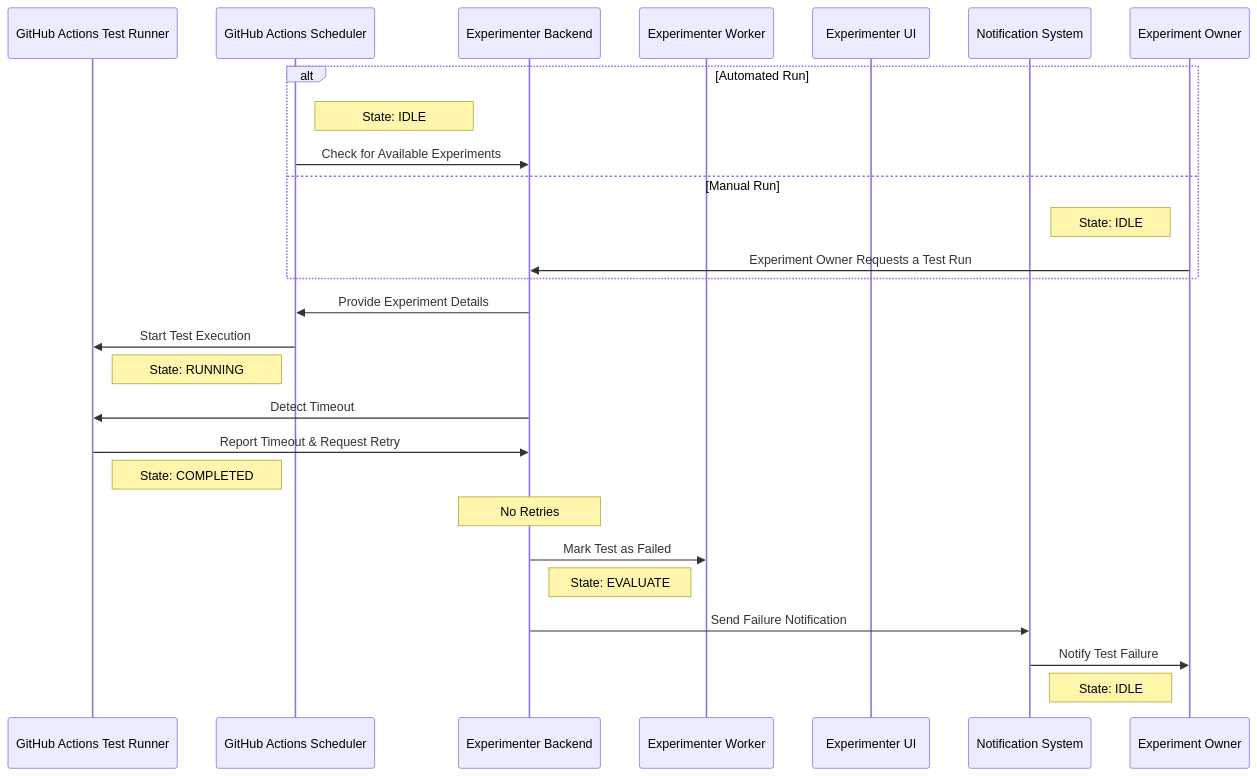
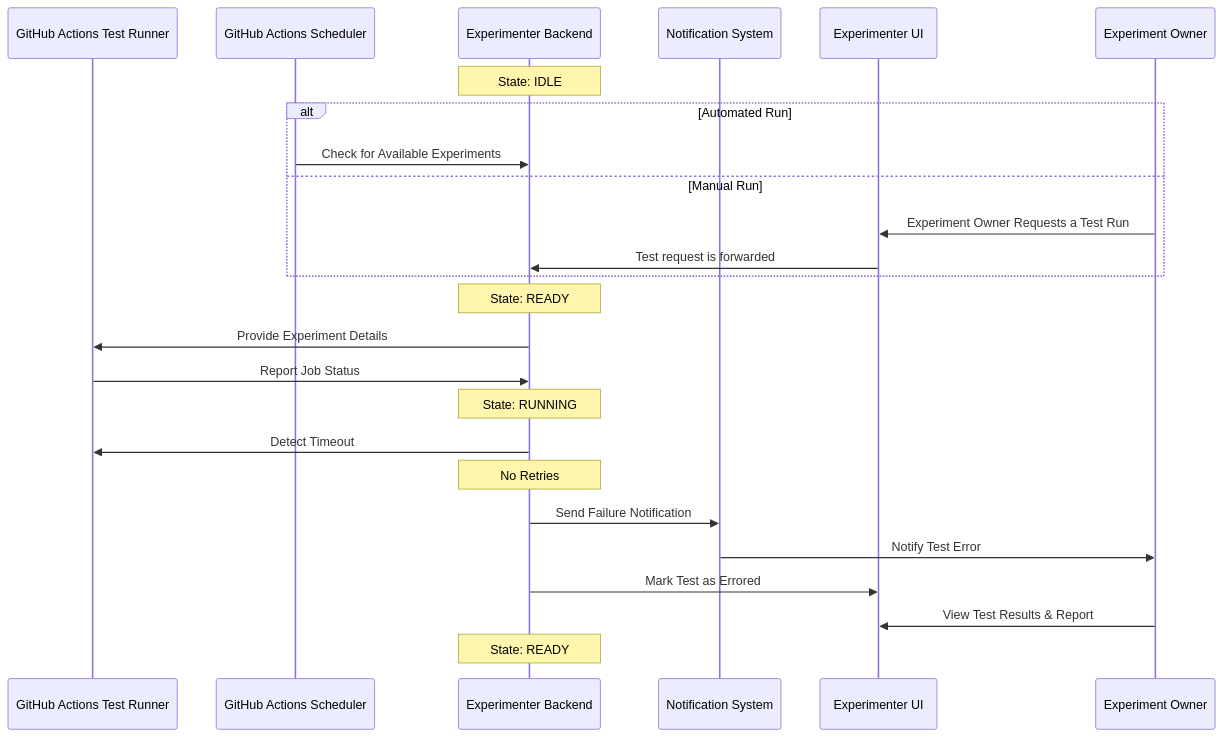
The fifth of 7 diagrams in docs/sequences.md (mozilla/klaatu), drawn with Mermaid before and after one commit. The commit also changed other lines of this file, not shown here.

Commit message:
Update sequence diagrams after review.

````diff
--- a/docs/sequences.md
+++ b/docs/sequences.md
@@ -106,33 +102,30 @@
 ```mermaid
     sequenceDiagram
         participant GitHub Actions Test Runner
         participant GitHub Actions Scheduler
         participant Experimenter Backend
-        participant Experimenter Worker
+        participant Notification System
         participant Experimenter UI
-        participant Notification System
         participant Experiment Owner
 
-
+        Note over Experimenter Backend: State: IDLE
         alt Automated Run
-            Note right of GitHub Actions Scheduler: State: IDLE
             GitHub Actions Scheduler ->> Experimenter Backend: Check for Available Experiments
         else Manual Run
-            Note left of Experiment Owner: State: IDLE
-            Experiment Owner ->> Experimenter Backend: Experiment Owner Requests a Test Run
+            Experiment Owner ->> Experimenter UI: Experiment Owner Requests a Test Run
+            Experimenter UI ->> Experimenter Backend: Test request is forwarded
         end
-        Experimenter Backend ->> GitHub Actions Scheduler: Provide Experiment Details
-        GitHub Actions Scheduler ->> GitHub Actions Test Runner: Start Test Execution
-        Note right of GitHub Actions Test Runner: State: RUNNING
+        Note over Experimenter Backend: State: READY
+        Experimenter Backend ->> GitHub Actions Test Runner: Provide Experiment Details
+        GitHub Actions Test Runner ->> Experimenter Backend: Report Job Status
+        Note over Experimenter Backend: State: RUNNING
         Experimenter Backend ->> GitHub Actions Test Runner: Detect Timeout
-        GitHub Actions Test Runner ->> Experimenter Backend: Report Timeout & Request Retry
-        Note right of GitHub Actions Test Runner: State: COMPLETED
 
         Note over Experimenter Backend: No Retries
-        Experimenter Backend ->> Experimenter Worker: Mark Test as Failed
-        Note right of Experimenter Backend: State: EVALUATE
         Experimenter Backend ->> Notification System: Send Failure Notification
-        Notification System ->> Experiment Owner: Notify Test Failure
-        Note right of Notification System: State: IDLE
+        Notification System ->> Experiment Owner: Notify Test Error
+        Experimenter Backend ->> Experimenter UI: Mark Test as Errored
+        Experiment Owner ->> Experimenter UI: View Test Results & Report
+        Note over Experimenter Backend: State: READY
 
 ```
````
